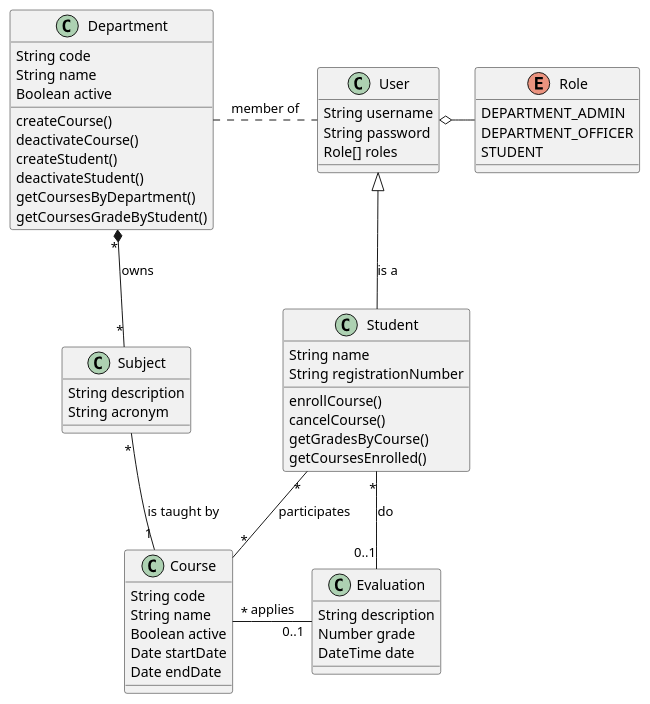
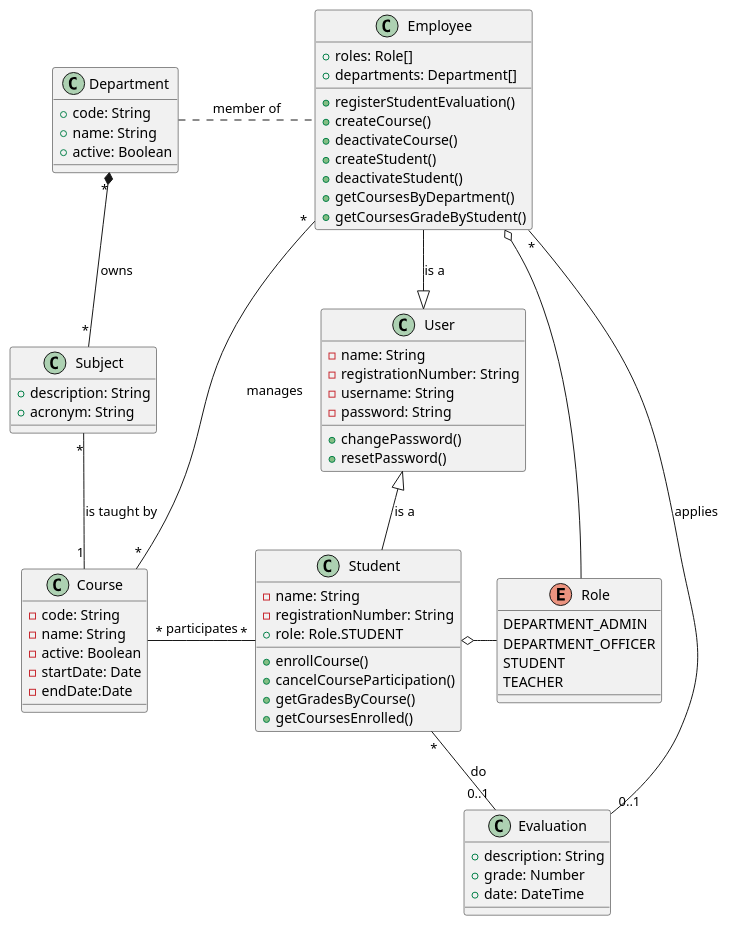
The diagram in docs/myfictitious-course-center-domain.puml (tnfigueiredo/living-doc-kotlin-spring-sample), drawn with PlantUML before and after one commit.

Commit message:
docs: domain modeling
Adjustments on domain modeling diagram notation.

```diff
--- a/docs/myfictitious-course-center-domain.puml
+++ b/docs/myfictitious-course-center-domain.puml
@@ -1,65 +1,79 @@
 @startuml
 'https://plantuml.com/class-diagram
 
-User o-r- Role
+Employee o-r- Role
+Student o-r- Role
 Department "*" *-d- "*" Subject: owns
 Subject "*" -- "1" Course: is taught by
-Student "*" -- "*" Course : participates
+Student "*" -l- "*" Course : participates
+Employee "*" -d- "*" Course : manages
 Student "*" -- "0..1" Evaluation : do
-Course "*" -r- "0..1" Evaluation : applies
-User .l. Department : member of
+Employee "*" -r- "0..1" Evaluation : applies
+Employee .l. Department : member of
+User <|-u- Employee : is a
 User <|-- Student : is a
 
 class Department {
-String code
-String name
-Boolean active
-createCourse()
-deactivateCourse()
-createStudent()
-deactivateStudent()
-getCoursesByDepartment()
-getCoursesGradeByStudent()
++code: String
++name: String
++active: Boolean
 }
 
 class Course {
-String code
-String name
-Boolean active
-Date startDate
-Date endDate
+-code: String
+-name: String
+-active: Boolean
+-startDate: Date
+-endDate:Date
 }
 
 class Subject {
-String description
-String acronym
++description: String
++acronym: String
 }
 
 class Evaluation {
-String description
-Number grade
-DateTime date
++description: String
++grade: Number
++date: DateTime
 }
 
 class Student {
-String name
-String registrationNumber
-enrollCourse()
-cancelCourse()
-getGradesByCourse()
-getCoursesEnrolled()
+-name: String
+-registrationNumber: String
++role: Role.STUDENT
++enrollCourse()
++cancelCourseParticipation()
++getGradesByCourse()
++getCoursesEnrolled()
+}
+
+class Employee {
++roles: Role[]
++departments: Department[]
++registerStudentEvaluation()
++createCourse()
++deactivateCourse()
++createStudent()
++deactivateStudent()
++getCoursesByDepartment()
++getCoursesGradeByStudent()
 }
 
 class User {
-String username
-String password
-Role[] roles
+-name: String
+-registrationNumber: String
+-username: String
+-password: String
++changePassword()
++resetPassword()
 }
 
 enum Role {
 DEPARTMENT_ADMIN
 DEPARTMENT_OFFICER
 STUDENT
+TEACHER
 }
 
 @enduml
```
